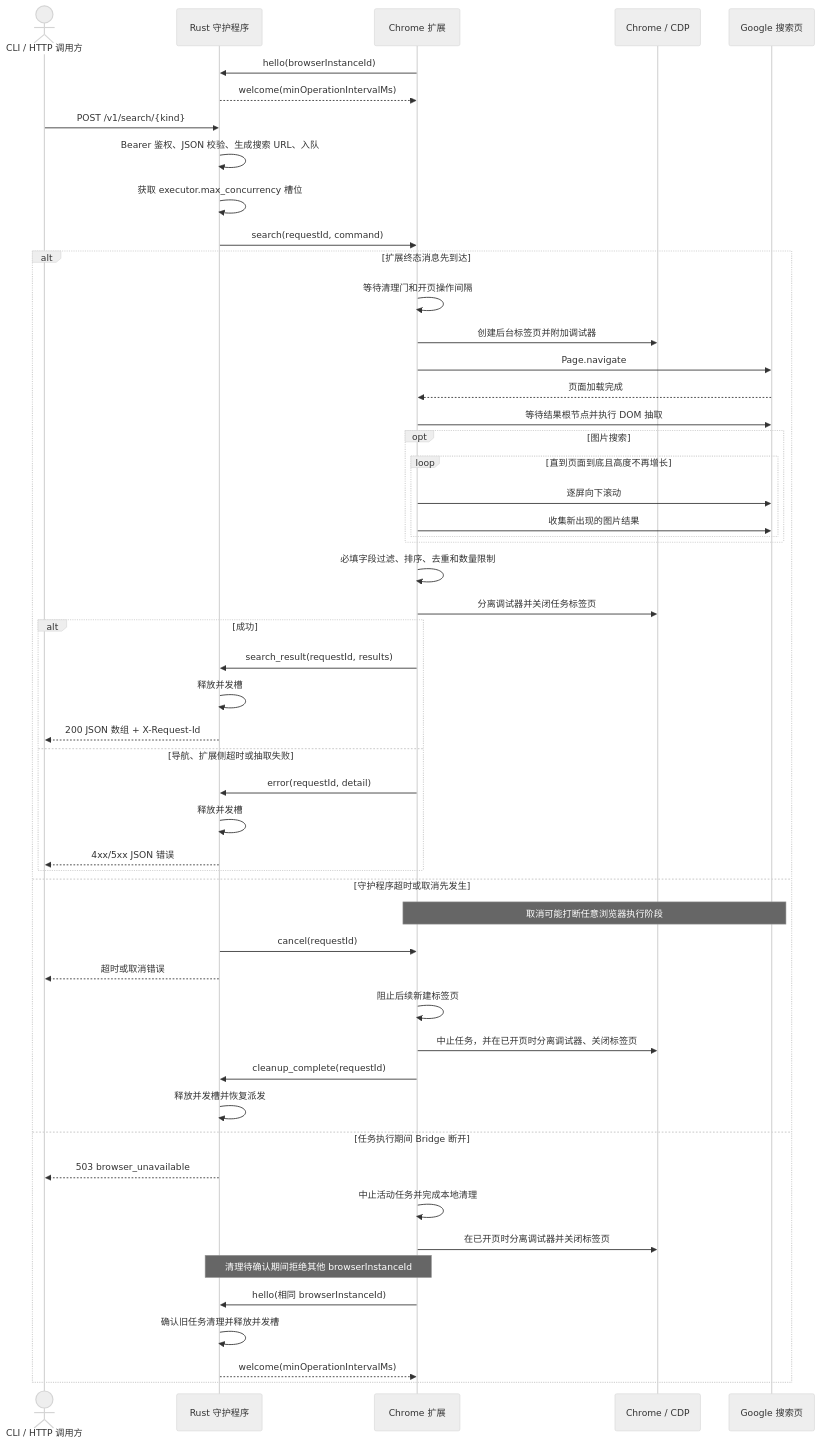
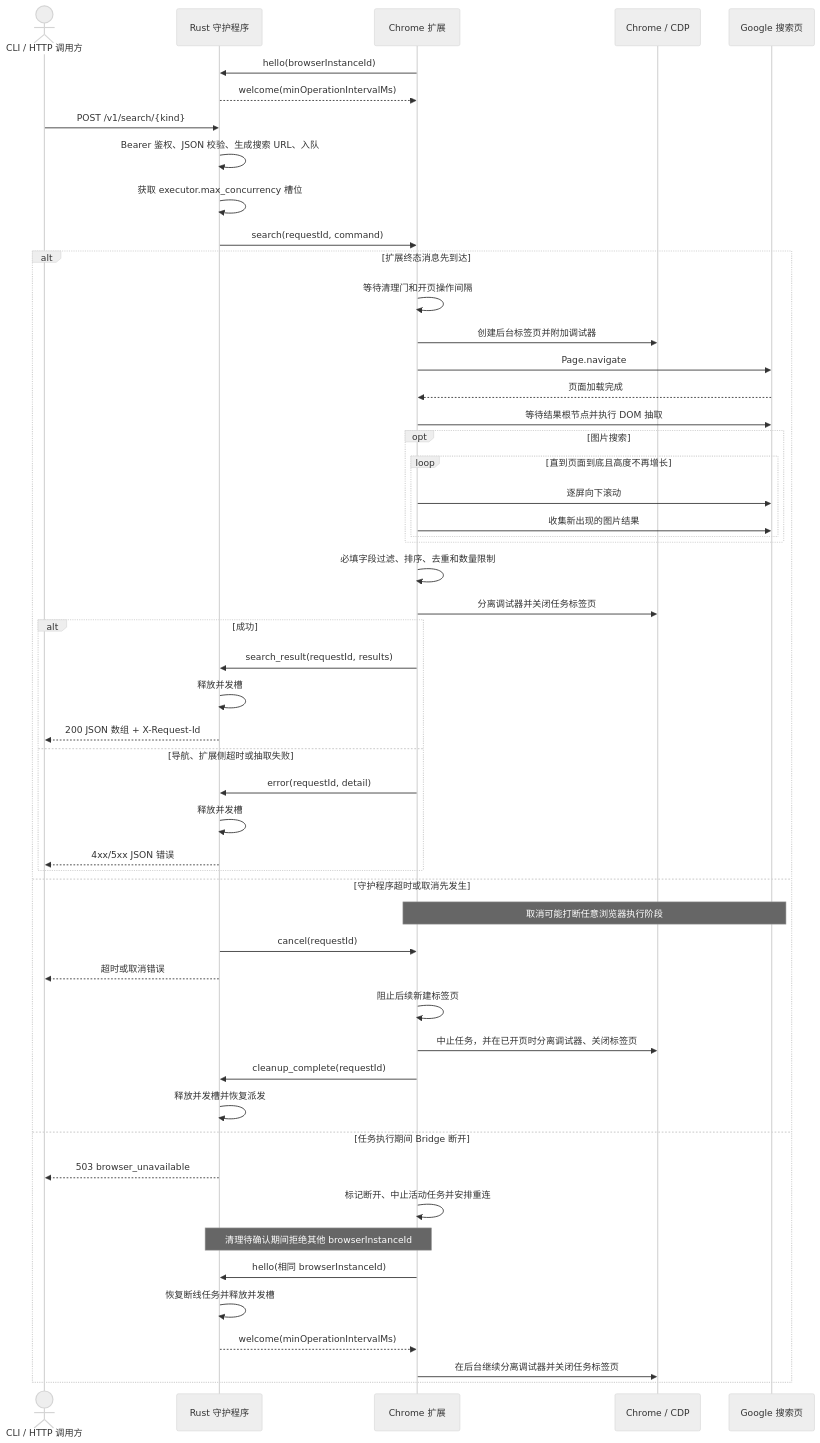
The second of 3 diagrams in README_ZH.md (Joey-Kot/Browser-Search), drawn with Mermaid (neutral theme) before and after one commit. The commit also changed other lines of this file and 6 other files, not shown here.

````diff
--- a/README_ZH.md
+++ b/README_ZH.md
@@ -84,56 +84,56 @@
 ```mermaid
 sequenceDiagram
     actor Client as CLI / HTTP 调用方
     participant Daemon as Rust 守护程序
     participant Extension as Chrome 扩展
     participant Chrome as Chrome / CDP
     participant Google as Google 搜索页
 
     Extension->>Daemon: hello(browserInstanceId)
     Daemon-->>Extension: welcome(minOperationIntervalMs)
     Client->>Daemon: POST /v1/search/{kind}
     Daemon->>Daemon: Bearer 鉴权、JSON 校验、生成搜索 URL、入队
     Daemon->>Daemon: 获取 executor.max_concurrency 槽位
     Daemon->>Extension: search(requestId, command)
 
     alt 扩展终态消息先到达
         Extension->>Extension: 等待清理门和开页操作间隔
         Extension->>Chrome: 创建后台标签页并附加调试器
         Extension->>Google: Page.navigate
         Google-->>Extension: 页面加载完成
         Extension->>Google: 等待结果根节点并执行 DOM 抽取
         opt 图片搜索
             loop 直到页面到底且高度不再增长
                 Extension->>Google: 逐屏向下滚动
                 Extension->>Google: 收集新出现的图片结果
             end
         end
         Extension->>Extension: 必填字段过滤、排序、去重和数量限制
         Extension->>Chrome: 分离调试器并关闭任务标签页
         alt 成功
             Extension->>Daemon: search_result(requestId, results)
             Daemon->>Daemon: 释放并发槽
             Daemon-->>Client: 200 JSON 数组 + X-Request-Id
         else 导航、扩展侧超时或抽取失败
             Extension->>Daemon: error(requestId, detail)
             Daemon->>Daemon: 释放并发槽
             Daemon-->>Client: 4xx/5xx JSON 错误
         end
     else 守护程序超时或取消先发生
         Note over Extension,Google: 取消可能打断任意浏览器执行阶段
         Daemon->>Extension: cancel(requestId)
         Daemon-->>Client: 超时或取消错误
         Extension->>Extension: 阻止后续新建标签页
         Extension->>Chrome: 中止任务，并在已开页时分离调试器、关闭标签页
         Extension->>Daemon: cleanup_complete(requestId)
         Daemon->>Daemon: 释放并发槽并恢复派发
     else 任务执行期间 Bridge 断开
         Daemon-->>Client: 503 browser_unavailable
-        Extension->>Extension: 中止活动任务并完成本地清理
-        Extension->>Chrome: 在已开页时分离调试器并关闭标签页
+        Extension->>Extension: 标记断开、中止活动任务并安排重连
         Note over Daemon,Extension: 清理待确认期间拒绝其他 browserInstanceId
         Extension->>Daemon: hello(相同 browserInstanceId)
-        Daemon->>Daemon: 确认旧任务清理并释放并发槽
+        Daemon->>Daemon: 恢复断线任务并释放并发槽
         Daemon-->>Extension: welcome(minOperationIntervalMs)
+        Extension->>Chrome: 在后台继续分离调试器并关闭任务标签页
     end
 ```
````
